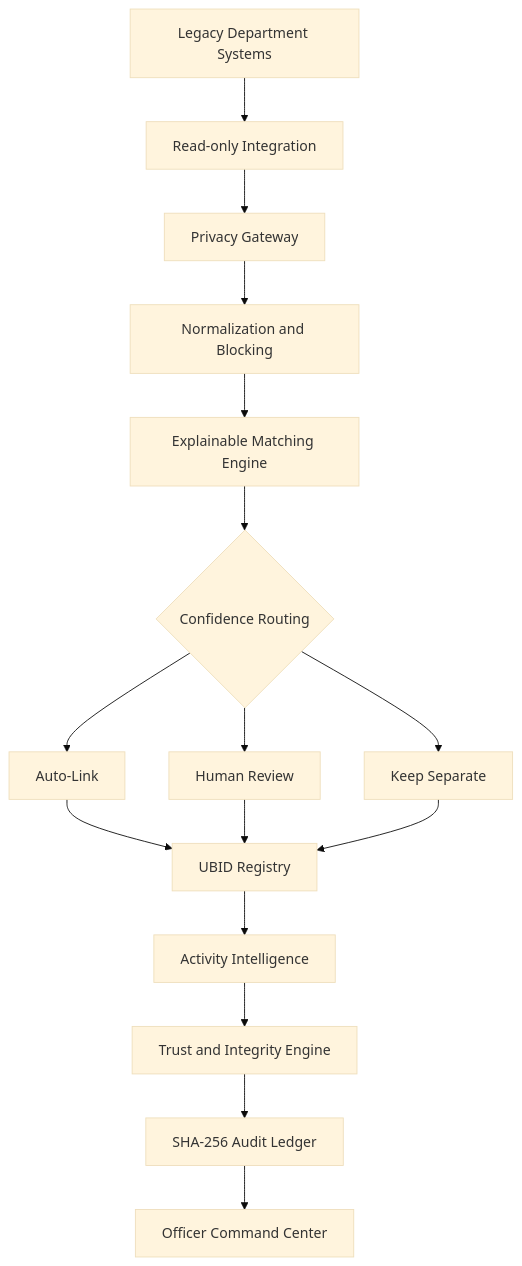
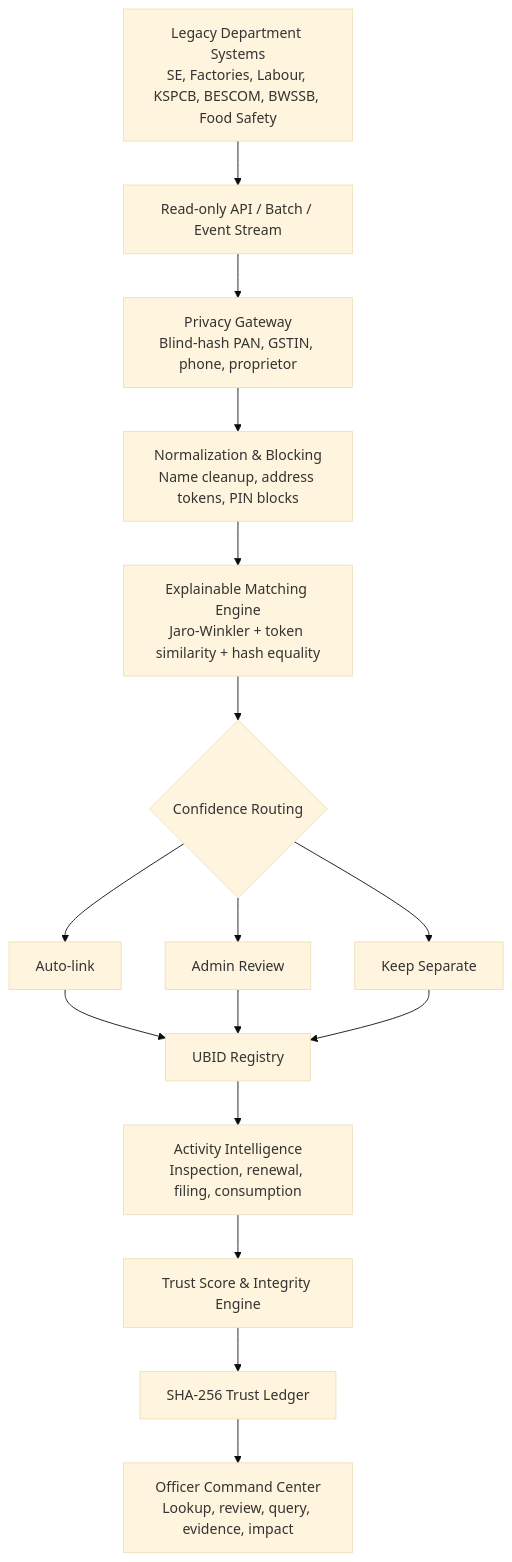
The diagram in README.md (agrima08s010315/TrustID-UBID-Intelligence), drawn with Mermaid (base theme) before and after one commit. The commit also changed other lines of this file, not shown here.

Commit message:
docs: refresh TrustID README and update repository links

````diff
--- a/README.md
+++ b/README.md
@@ -323,23 +366,23 @@
 ```mermaid
 flowchart TD
-    A[Legacy Department Systems]
-    B[Read-only Integration]
-    C[Privacy Gateway]
-    D[Normalization and Blocking]
-    E[Explainable Matching Engine]
+    A[Legacy Department Systems<br/>SE, Factories, Labour, KSPCB, BESCOM, BWSSB, Food Safety]
+    B[Read-only API / Batch / Event Stream]
+    C[Privacy Gateway<br/>Blind-hash PAN, GSTIN, phone, proprietor]
+    D[Normalization & Blocking<br/>Name cleanup, address tokens, PIN blocks]
+    E[Explainable Matching Engine<br/>Jaro-Winkler + token similarity + hash equality]
     F{Confidence Routing}
-    G[Auto-Link]
-    H[Human Review]
+    G[Auto-link]
+    H[Admin Review]
     I[Keep Separate]
     J[UBID Registry]
-    K[Activity Intelligence]
-    L[Trust and Integrity Engine]
-    M[SHA-256 Audit Ledger]
-    N[Officer Command Center]
+    K[Activity Intelligence<br/>Inspection, renewal, filing, consumption]
+    L[Trust Score & Integrity Engine]
+    M[SHA-256 Trust Ledger]
+    N[Officer Command Center<br/>Lookup, review, query, evidence, impact]
 
     A --> B --> C --> D --> E --> F
     F --> G --> J
     F --> H --> J
     F --> I --> J
     J --> K --> L --> M --> N
 ```
````
